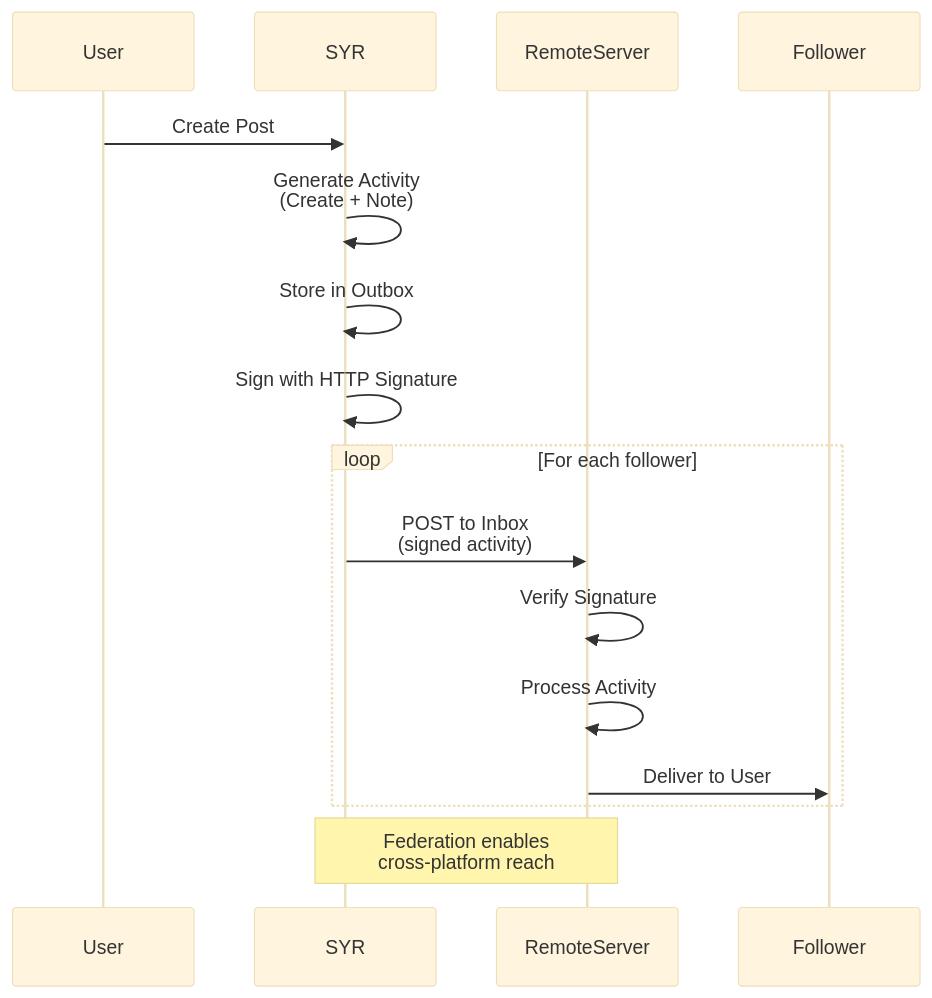
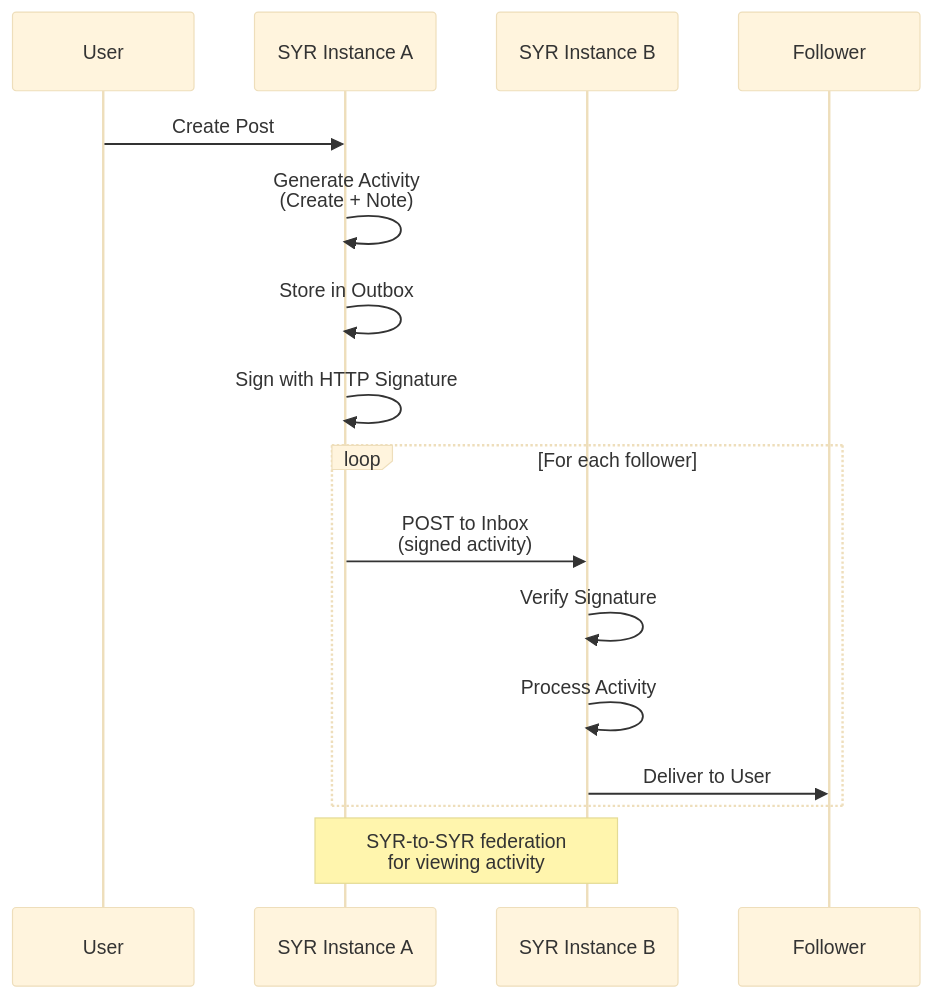
One commit to syr-is/syr changed the third of 19 diagrams in Architecture.md. Above: the diagram before and after it, drawn with Mermaid (base theme). The commit also changed other lines of this file and 491 other files, not shown here.

````diff
--- a/Architecture.md
+++ b/Architecture.md
@@ -132,21 +167,21 @@
 ```mermaid
 sequenceDiagram
     participant User
-    participant SYR
-    participant RemoteServer
+    participant SYR as SYR Instance A
+    participant RemoteServer as SYR Instance B
     participant Follower
 
     User->>SYR: Create Post
     SYR->>SYR: Generate Activity<br/>(Create + Note)
     SYR->>SYR: Store in Outbox
     SYR->>SYR: Sign with HTTP Signature
 
     loop For each follower
         SYR->>RemoteServer: POST to Inbox<br/>(signed activity)
         RemoteServer->>RemoteServer: Verify Signature
         RemoteServer->>RemoteServer: Process Activity
         RemoteServer->>Follower: Deliver to User
     end
 
-    Note over SYR,RemoteServer: Federation enables<br/>cross-platform reach
+    Note over SYR,RemoteServer: SYR-to-SYR federation<br/>for viewing activity
 ```
````
